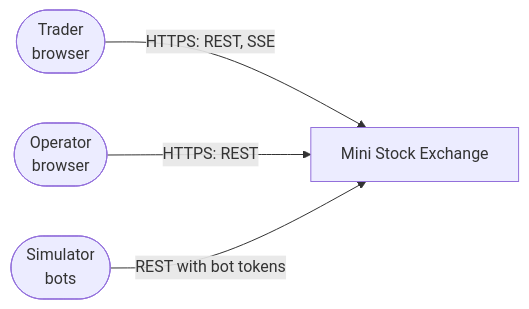
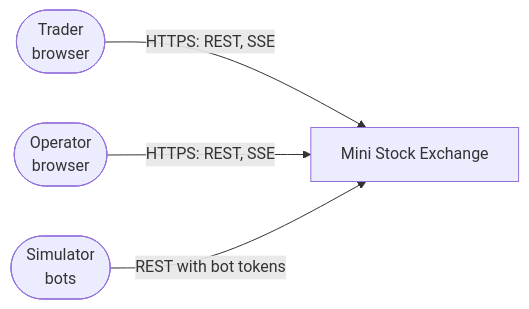
The first of 9 diagrams in docs/architecture.md (Princz-Mia/mini-stock-exchange), drawn with Mermaid before and after one commit. The commit also changed other lines of this file and 4 other files, not shown here.

````diff
--- a/docs/architecture.md
+++ b/docs/architecture.md
@@ -7,6 +7,6 @@
 ```mermaid
 flowchart LR
   T(["Trader<br/>browser"]) -->|"HTTPS: REST, SSE"| X["Mini Stock Exchange"]
-  O(["Operator<br/>browser"]) -->|"HTTPS: REST"| X
+  O(["Operator<br/>browser"]) -->|"HTTPS: REST, SSE"| X
   S(["Simulator<br/>bots"]) -->|"REST with bot tokens"| X
 ```
````
